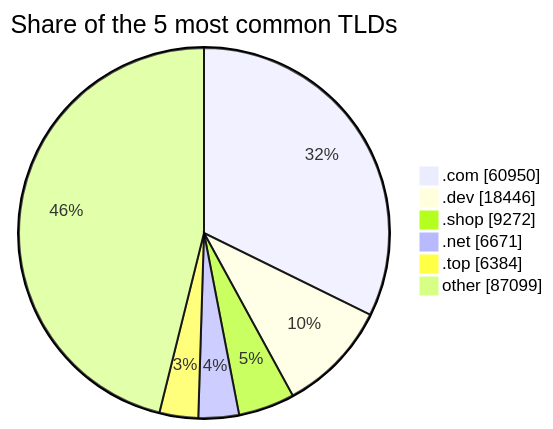
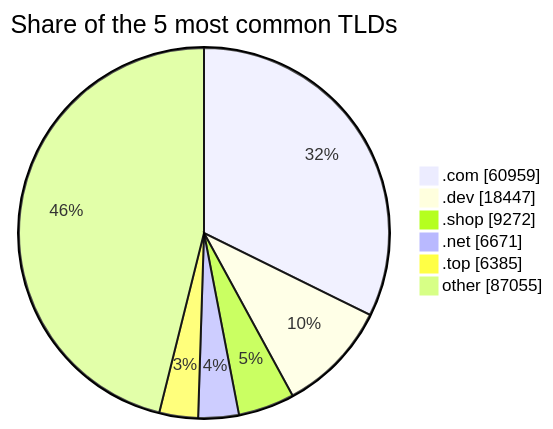
The third of 3 diagrams in README.md (DNSBunker/CTI), drawn with Mermaid before and after one commit. The commit also changed other lines of this file and 3 other files, not shown here.

````diff
--- a/README.md
+++ b/README.md
@@ -81,9 +81,9 @@
 ```mermaid
 pie showData title Share of the 5 most common TLDs
-    ".com" : 60950
-    ".dev" : 18446
+    ".com" : 60959
+    ".dev" : 18447
     ".shop" : 9272
     ".net" : 6671
-    ".top" : 6384
-    "other" : 87099
+    ".top" : 6385
+    "other" : 87055
 ```
````
